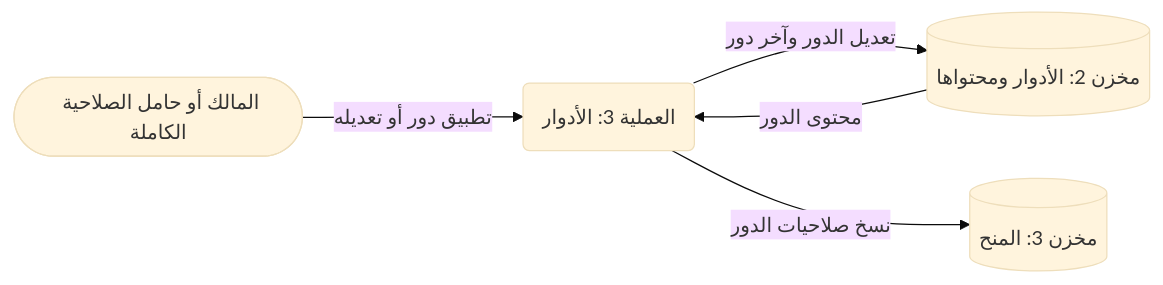
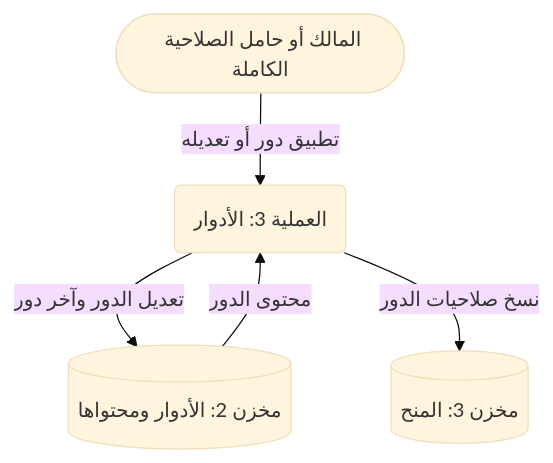
One commit to Bassam-mohammed-alqaeadi/family-os-v2 changed diagram 28 of 39 in docs/family-os/governance/phases/phase-1/S1-03-family-roles-and-permissions/DIAGRAMS.md. Above: the diagram before and after it, drawn with Mermaid (base theme). The commit also changed other lines of this file, not shown here.

````diff
--- a/docs/family-os/governance/phases/phase-1/S1-03-family-roles-and-permissions/DIAGRAMS.md
+++ b/docs/family-os/governance/phases/phase-1/S1-03-family-roles-and-permissions/DIAGRAMS.md
@@ -1056,12 +1060,12 @@
 ```mermaid
-flowchart LR
+flowchart TD
     Owner([المالك أو حامل الصلاحية الكاملة])
+    D2[(مخزن 2: الأدوار ومحتواها)]
     P3(العملية 3: الأدوار)
-    D2[(مخزن 2: الأدوار ومحتواها)]
     D3[(مخزن 3: المنح)]
 
     Owner -->|تطبيق دور أو تعديله| P3
     D2 -->|محتوى الدور| P3
     P3 -->|تعديل الدور وآخر دور| D2
     P3 -->|نسخ صلاحيات الدور| D3
 ```
````
